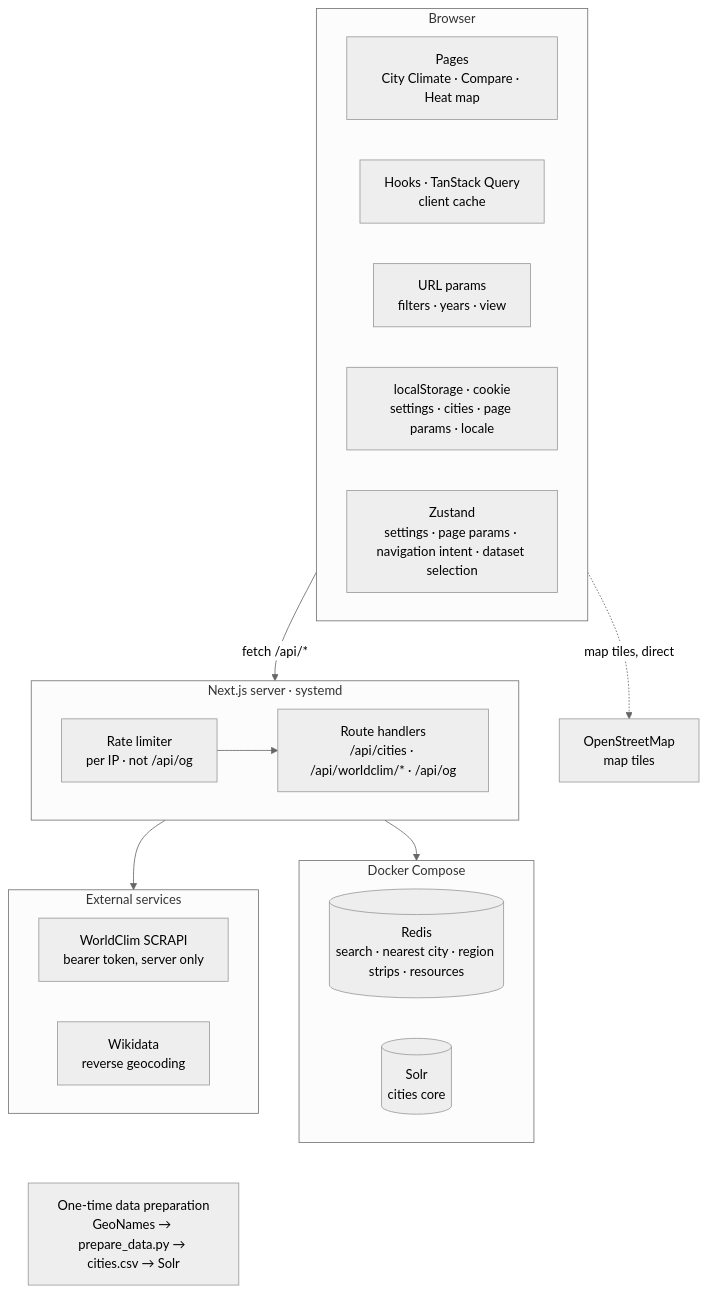
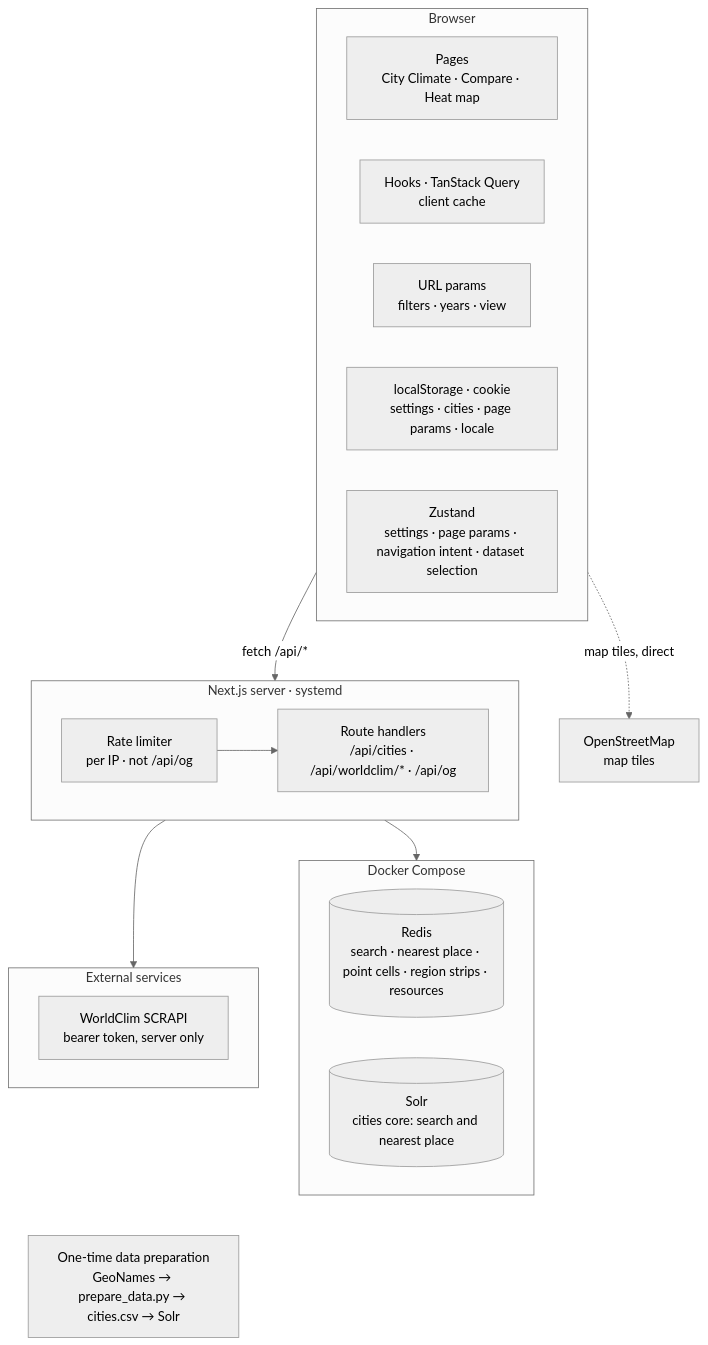
Before and after one commit to ClimaticaHQ/climatica-nextjs: the first of 3 diagrams in docs/architecture.md, drawn with Mermaid (neutral theme). The commit also changed other lines of this file and 76 other files, not shown here.

````diff
--- a/docs/architecture.md
+++ b/docs/architecture.md
@@ -8,37 +8,36 @@
 ```mermaid
 flowchart TB
   subgraph browser["Browser"]
     direction LR
     pages["Pages<br/>City Climate · Compare · Heat map"]
     hooks["Hooks · TanStack Query<br/>client cache"]
     url["URL params<br/>filters · years · view"]
     storage["localStorage · cookie<br/>settings · cities · page params · locale"]
     zustand["Zustand<br/>settings · page params · navigation intent · dataset selection"]
   end
 
   subgraph server["Next.js server · systemd"]
     direction LR
     limiter["Rate limiter<br/>per IP · not /api/og"] --> handlers["Route handlers<br/>/api/cities · /api/worldclim/* · /api/og"]
   end
 
   subgraph infra["Docker Compose"]
     direction LR
-    redis[("Redis<br/>search · nearest city · region strips · resources")]
-    solr[("Solr<br/>cities core")]
+    redis[("Redis<br/>search · nearest place · point cells · region strips · resources")]
+    solr[("Solr<br/>cities core: search and nearest place")]
   end
 
   subgraph external["External services"]
     direction LR
     scrapi["WorldClim SCRAPI<br/>bearer token, server only"]
-    wikidata["Wikidata<br/>reverse geocoding"]
   end
 
   osm["OpenStreetMap<br/>map tiles"]
   prep["One-time data preparation<br/>GeoNames → prepare_data.py → cities.csv → Solr"]
 
   browser -->|"fetch /api/*"| server
   browser -.->|"map tiles, direct"| osm
   server --> infra
   server --> external
   external ~~~ prep
 ```
````
